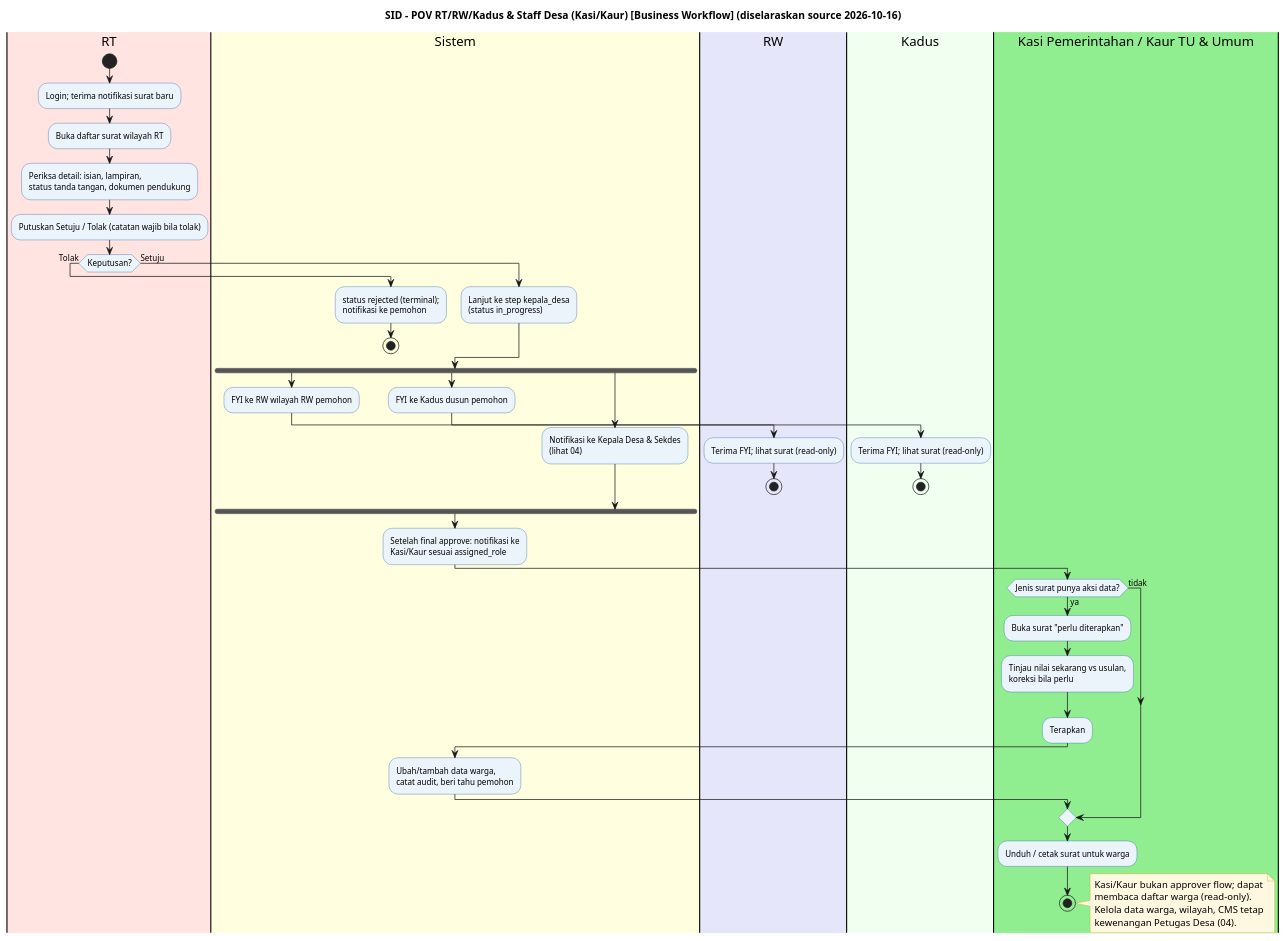
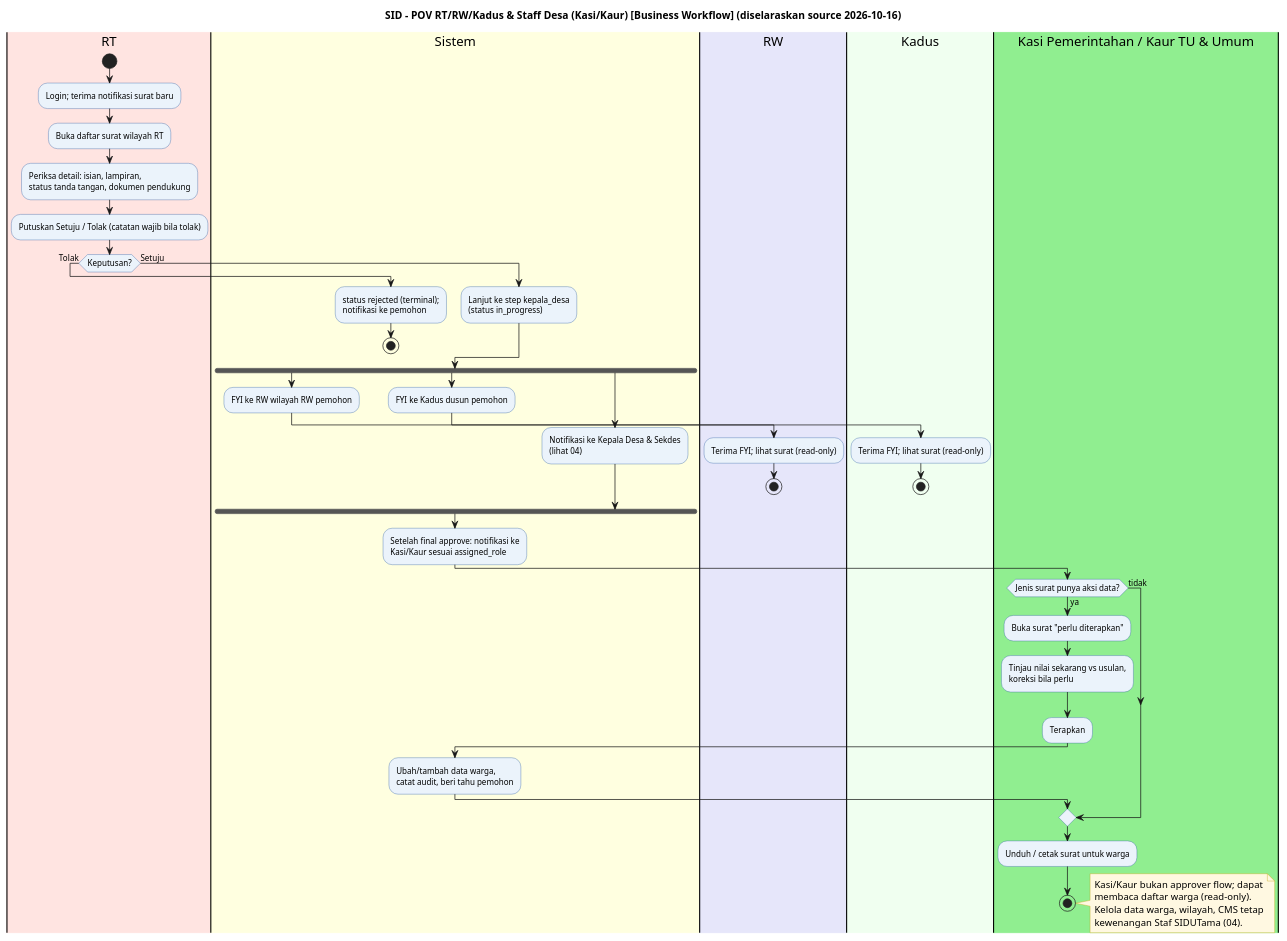
One commit to Vextronode/sid-app changed the diagram in docs/bussines_workflow/03_SID_POV_RTRW_StaffDesa.puml. Above: the diagram before and after it, drawn with PlantUML. The commit also changed 96 other files, not shown here.

Commit message:
docs: ganti sebutan Petugas Desa menjadi Staf SIDUTama dan perbarui README serta ringkasan fitur

```diff
--- a/docs/bussines_workflow/03_SID_POV_RTRW_StaffDesa.puml
+++ b/docs/bussines_workflow/03_SID_POV_RTRW_StaffDesa.puml
@@ -1,70 +1,70 @@
 @startuml
 title SID - POV RT/RW/Kadus & Staff Desa (Kasi/Kaur) [Business Workflow] (diselaraskan source 2026-10-16)
 
 skinparam activity {
   BackgroundColor #EBF3FB
   BorderColor #2E5FA3
   FontName Arial
   FontSize 11
 }
 skinparam note {
   BackgroundColor #FFF8E1
   BorderColor #C0A000
 }
 
 |#MistyRose|RT|
 start
 :Login; terima notifikasi surat baru;
 :Buka daftar surat wilayah RT;
 :Periksa detail: isian, lampiran,\nstatus tanda tangan, dokumen pendukung;
 :Putuskan Setuju / Tolak (catatan wajib bila tolak);
 if (Keputusan?) then (Tolak)
   |#LightYellow|Sistem|
   :status rejected (terminal);\nnotifikasi ke pemohon;
   stop
 else (Setuju)
   |#LightYellow|Sistem|
   :Lanjut ke step kepala_desa\n(status in_progress);
 endif
 
 fork
   |#LightYellow|Sistem|
   :FYI ke RW wilayah RW pemohon;
   |#Lavender|RW|
   :Terima FYI; lihat surat (read-only);
   stop
 fork again
   |#LightYellow|Sistem|
   :FYI ke Kadus dusun pemohon;
   |#Honeydew|Kadus|
   :Terima FYI; lihat surat (read-only);
   stop
 fork again
   |#LightYellow|Sistem|
   :Notifikasi ke Kepala Desa & Sekdes\n(lihat 04);
 end fork
 
 |#LightYellow|Sistem|
 :Setelah final approve: notifikasi ke\nKasi/Kaur sesuai assigned_role;
 
 |#LightGreen|Kasi Pemerintahan / Kaur TU & Umum|
 if (Jenis surat punya aksi data?) then (ya)
   :Buka surat "perlu diterapkan";
   :Tinjau nilai sekarang vs usulan,\nkoreksi bila perlu;
   :Terapkan;
   |#LightYellow|Sistem|
   :Ubah/tambah data warga,\ncatat audit, beri tahu pemohon;
   |#LightGreen|Kasi Pemerintahan / Kaur TU & Umum|
 else (tidak)
 endif
 :Unduh / cetak surat untuk warga;
 stop
 
 note right
   Kasi/Kaur bukan approver flow; dapat
   membaca daftar warga (read-only).
   Kelola data warga, wilayah, CMS tetap
-  kewenangan Petugas Desa (04).
+  kewenangan Staf SIDUTama (04).
 end note
 
 @enduml
```
